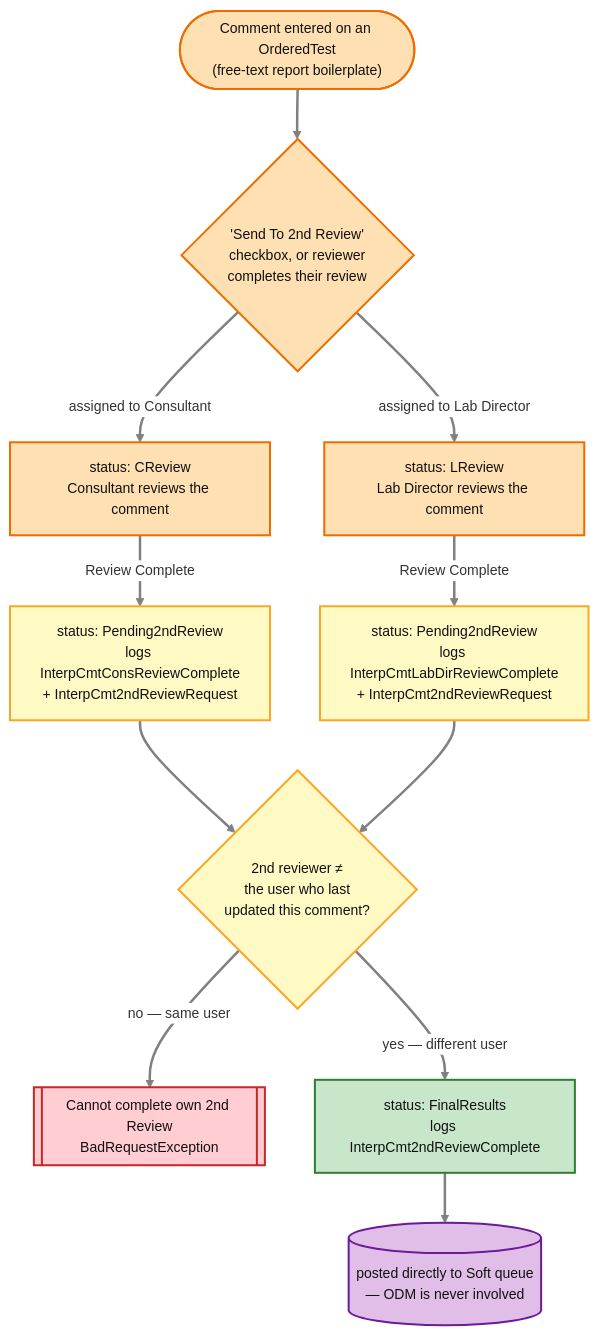
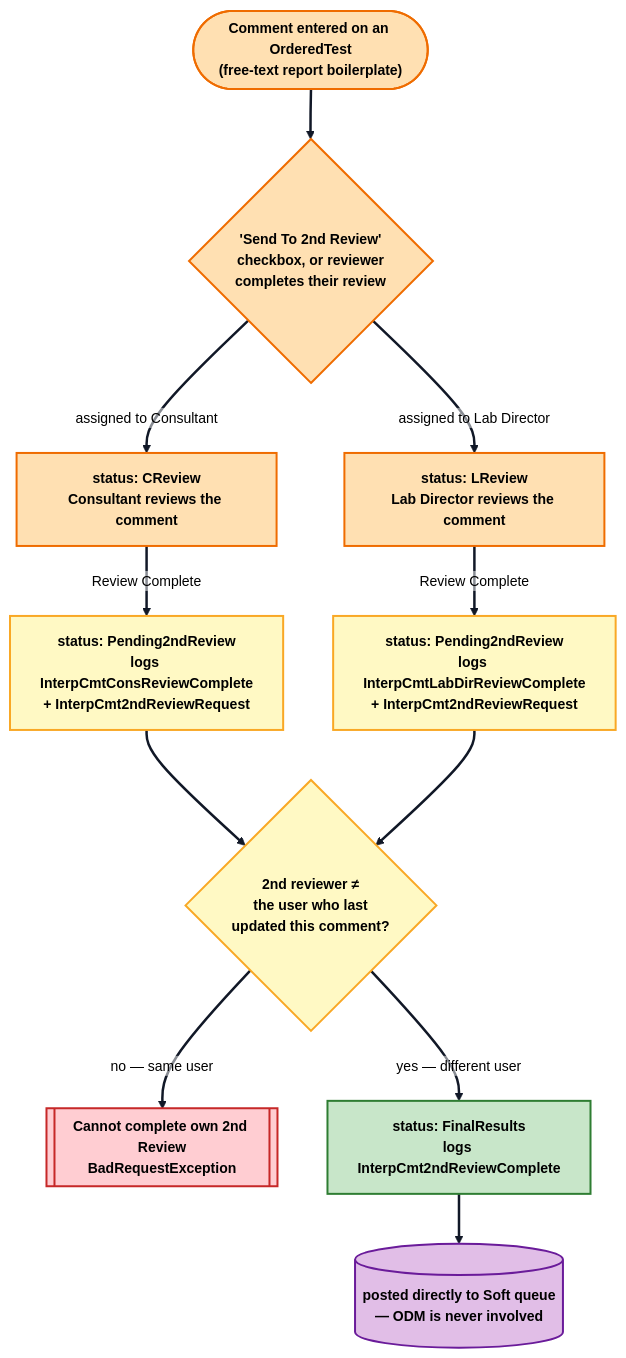
Before and after one commit to fengyanglin09/my-work-dashboard-app: the fourth of 6 diagrams in src/assets/pages/app-resources/nerds/appDetails/00step/review-stage/review-stage.md, drawn with Mermaid. The commit also changed other lines of this file and 35 other files, not shown here.

Commit message:
Add new mermaid diagrams for workflow and testing processes

````diff
--- a/src/assets/pages/app-resources/nerds/appDetails/00step/review-stage/review-stage.md
+++ b/src/assets/pages/app-resources/nerds/appDetails/00step/review-stage/review-stage.md
@@ -217,33 +217,33 @@
 ```mermaid
-%%{init: {"theme":"base", "themeVariables":{"background":"#ffffff","lineColor":"#808080","edgeLabelBackground":"#ffffff","fontSize":"14px"}, "flowchart":{"curve":"basis"}}}%%
+%%{init: {"theme":"base", "themeVariables":{"background":"#ffffff","mainBkg":"#ffffff","primaryColor":"#f8fafc","primaryTextColor":"#000000","primaryBorderColor":"#111827","secondaryColor":"#f8fafc","secondaryTextColor":"#000000","secondaryBorderColor":"#111827","tertiaryColor":"#f8fafc","tertiaryTextColor":"#000000","tertiaryBorderColor":"#111827","lineColor":"#111827","defaultLinkColor":"#111827","nodeTextColor":"#000000","textColor":"#000000","titleColor":"#000000","edgeLabelBackground":"#ffffff","clusterBkg":"#f8fafc","clusterBorder":"#111827","fontSize":"14px"}, "themeCSS":".nodeLabel,.nodeLabel *,.edgeLabel,.edgeLabel *,.cluster-label,.cluster-label *,.label,.label *,foreignObject,foreignObject *,text,tspan{color:#000000 !important;fill:#000000 !important;font-weight:700 !important;}.edgeLabel rect,.labelBkg{fill:#ffffff !important;opacity:0.96 !important;}", "flowchart":{"curve":"basis","htmlLabels":false}}}%%
 flowchart TD
     START(["Comment entered on an OrderedTest<br/>(free-text report boilerplate)"]) --> CHK{"'Send To 2nd Review'<br/>checkbox, or reviewer<br/>completes their review"}
 
     CHK -->|assigned to Consultant| CR["status: CReview<br/>Consultant reviews the comment"]
     CHK -->|assigned to Lab Director| LR["status: LReview<br/>Lab Director reviews the comment"]
 
     CR -->|"Review Complete"| P2R["status: Pending2ndReview<br/>logs InterpCmtConsReviewComplete<br/>+ InterpCmt2ndReviewRequest"]
     LR -->|"Review Complete"| P2R2["status: Pending2ndReview<br/>logs InterpCmtLabDirReviewComplete<br/>+ InterpCmt2ndReviewRequest"]
 
     P2R --> GATE{"2nd reviewer ≠<br/>the user who last<br/>updated this comment?"}
     P2R2 --> GATE
 
     GATE -->|"no — same user"| BLOCK[["Cannot complete own 2nd Review<br/>BadRequestException"]]
     GATE -->|"yes — different user"| DONE["status: FinalResults<br/>logs InterpCmt2ndReviewComplete"]
 
     DONE --> SOFT[("posted directly to Soft queue<br/>— ODM is never involved")]
 
-    classDef stage  fill:#ffe0b2,stroke:#ef6c00,stroke-width:2px,color:#111111;
-    classDef gate   fill:#fff9c4,stroke:#f9a825,stroke-width:2px,color:#111111;
-    classDef bad    fill:#ffcdd2,stroke:#c62828,stroke-width:2px,color:#111111;
-    classDef done   fill:#c8e6c9,stroke:#2e7d32,stroke-width:2px,color:#111111;
-    classDef ext    fill:#e1bee7,stroke:#6a1b9a,stroke-width:2px,color:#111111;
+    classDef stage  fill:#ffe0b2,stroke:#ef6c00,stroke-width:2px,color:#000000,font-weight:700;
+    classDef gate   fill:#fff9c4,stroke:#f9a825,stroke-width:2px,color:#000000,font-weight:700;
+    classDef bad    fill:#ffcdd2,stroke:#c62828,stroke-width:2px,color:#000000,font-weight:700;
+    classDef done   fill:#c8e6c9,stroke:#2e7d32,stroke-width:2px,color:#000000,font-weight:700;
+    classDef ext    fill:#e1bee7,stroke:#6a1b9a,stroke-width:2px,color:#000000,font-weight:700;
 
     class START,CHK,CR,LR stage;
     class P2R,P2R2,GATE gate;
     class BLOCK bad;
     class DONE done;
     class SOFT ext;
 
-    linkStyle default stroke:#808080,stroke-width:2.5px
+    linkStyle default stroke:#111827,stroke-width:2.5px
 ```
````
